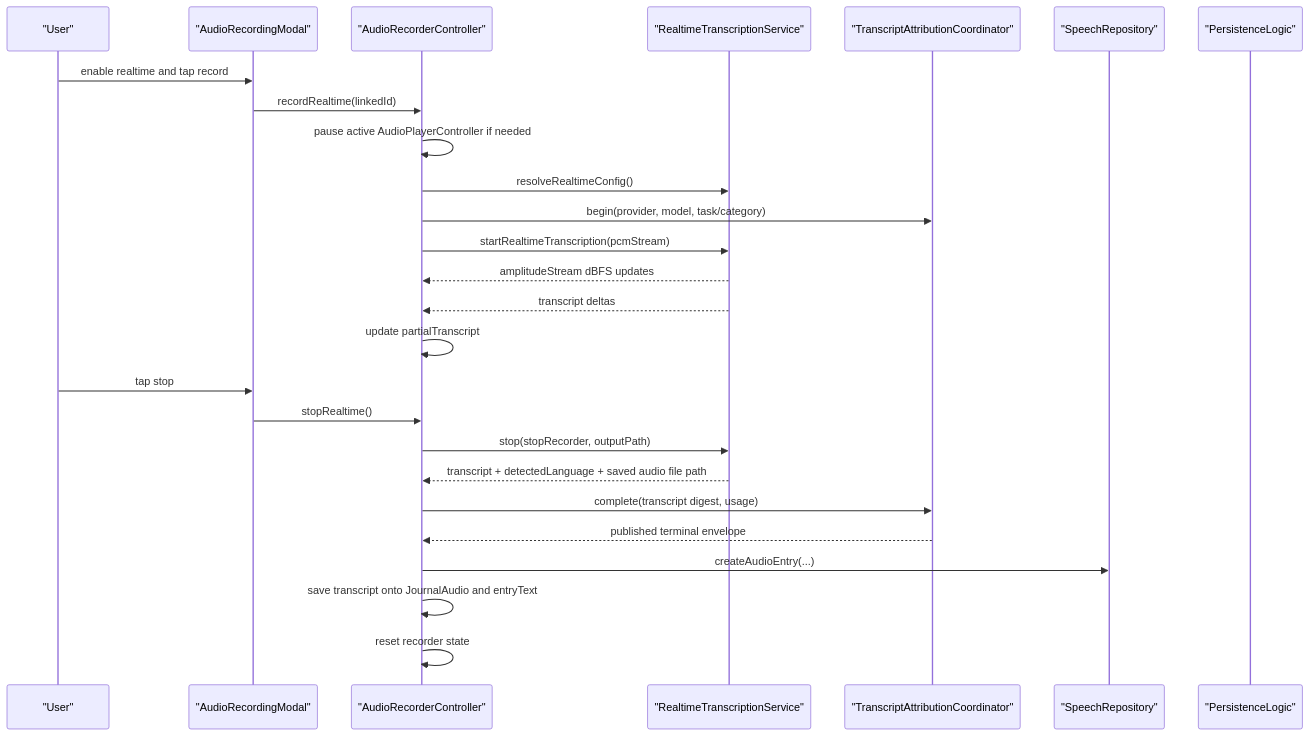
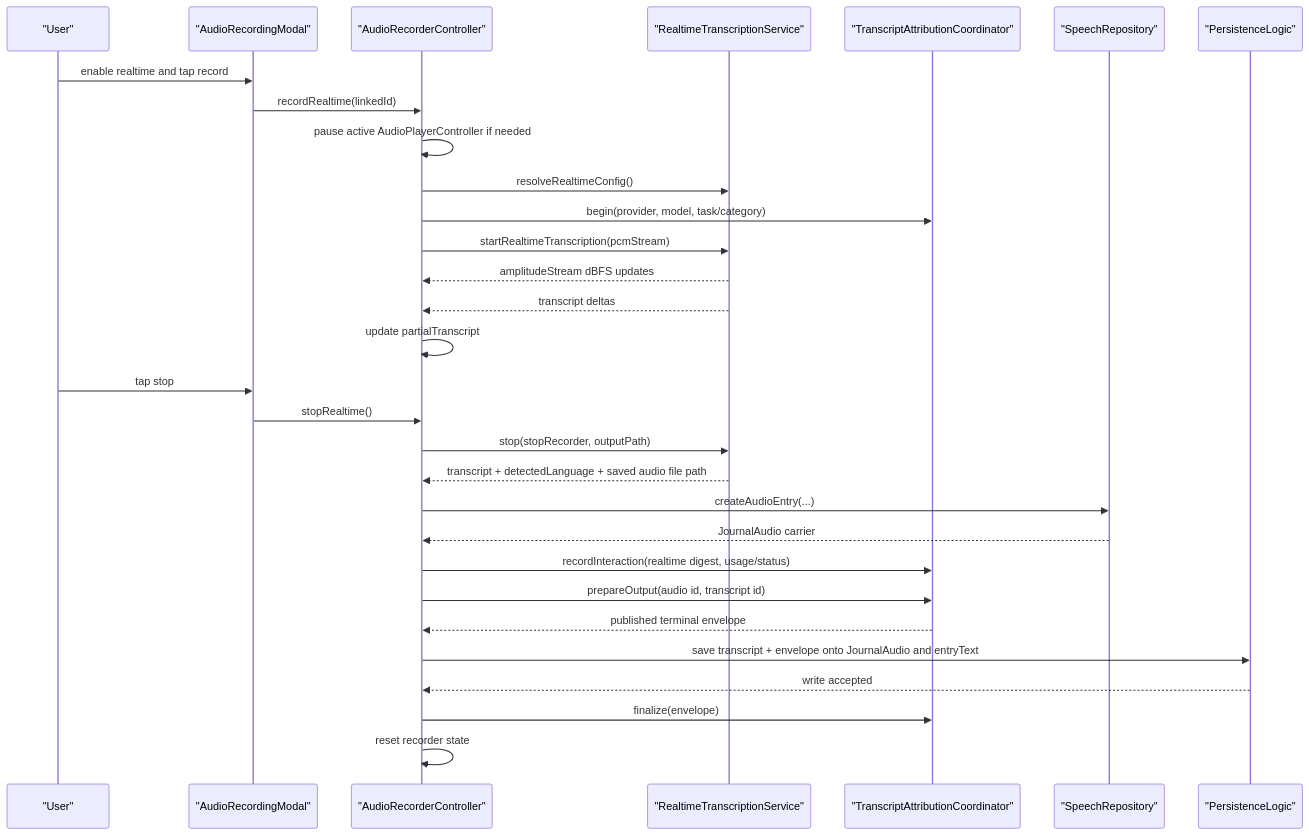
One commit to matthiasn/lotti changed the fourth of 5 diagrams in lib/features/speech/README.md. Above: the diagram before and after it, drawn with Mermaid. The commit also changed other lines of this file and 71 other files, not shown here.

````diff
--- a/lib/features/speech/README.md
+++ b/lib/features/speech/README.md
@@ -230,29 +230,33 @@
 ```mermaid
 sequenceDiagram
   participant User as "User"
   participant Modal as "AudioRecordingModal"
   participant Ctl as "AudioRecorderController"
   participant RT as "RealtimeTranscriptionService"
   participant Attr as "TranscriptAttributionCoordinator"
   participant Speech as "SpeechRepository"
   participant Persist as "PersistenceLogic"
 
   User->>Modal: enable realtime and tap record
   Modal->>Ctl: recordRealtime(linkedId)
   Ctl->>Ctl: pause active AudioPlayerController if needed
   Ctl->>RT: resolveRealtimeConfig()
   Ctl->>Attr: begin(provider, model, task/category)
   Ctl->>RT: startRealtimeTranscription(pcmStream)
   RT-->>Ctl: amplitudeStream dBFS updates
   RT-->>Ctl: transcript deltas
   Ctl->>Ctl: update partialTranscript
   User->>Modal: tap stop
   Modal->>Ctl: stopRealtime()
   Ctl->>RT: stop(stopRecorder, outputPath)
   RT-->>Ctl: transcript + detectedLanguage + saved audio file path
-  Ctl->>Attr: complete(transcript digest, usage)
+  Ctl->>Speech: createAudioEntry(...)
+  Speech-->>Ctl: JournalAudio carrier
+  Ctl->>Attr: recordInteraction(realtime digest, usage/status)
+  Ctl->>Attr: prepareOutput(audio id, transcript id)
   Attr-->>Ctl: published terminal envelope
-  Ctl->>Speech: createAudioEntry(...)
-  Ctl->>Ctl: save transcript onto JournalAudio and entryText
+  Ctl->>Persist: save transcript + envelope onto JournalAudio and entryText
+  Persist-->>Ctl: write accepted
+  Ctl->>Attr: finalize(envelope)
   Ctl->>Ctl: reset recorder state
 ```
````
